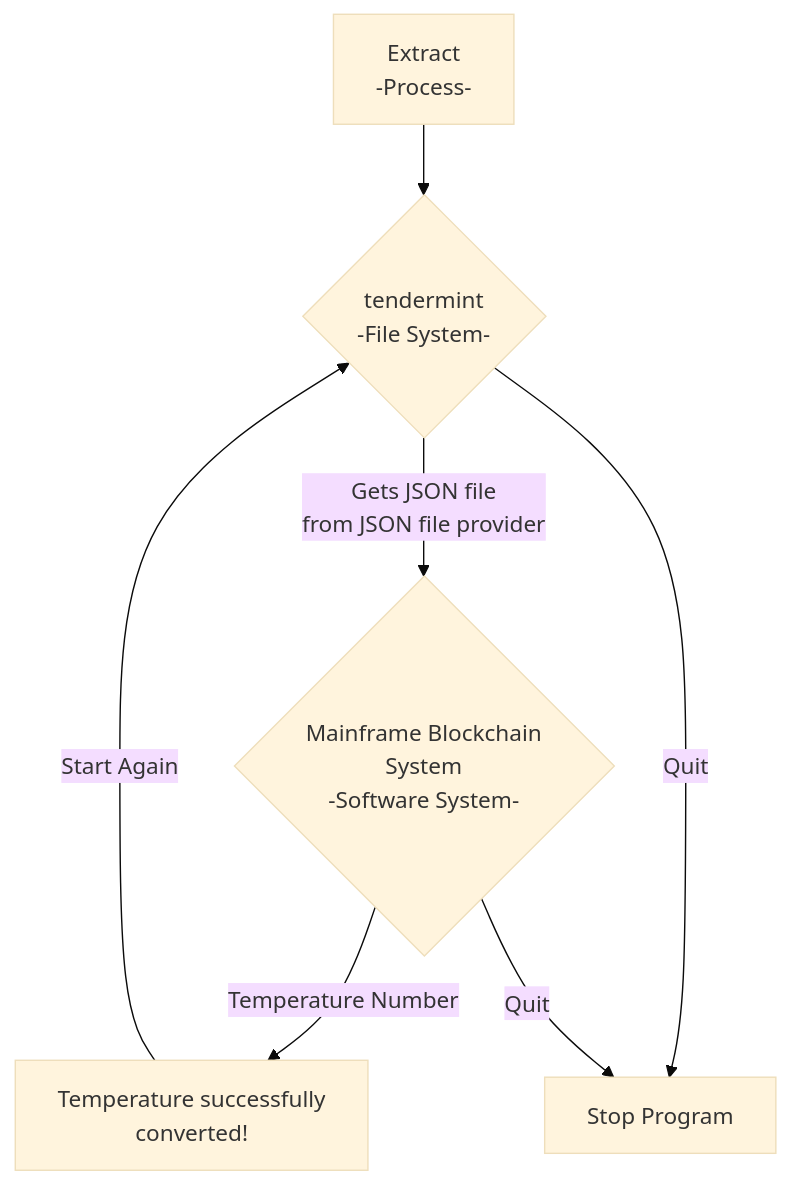
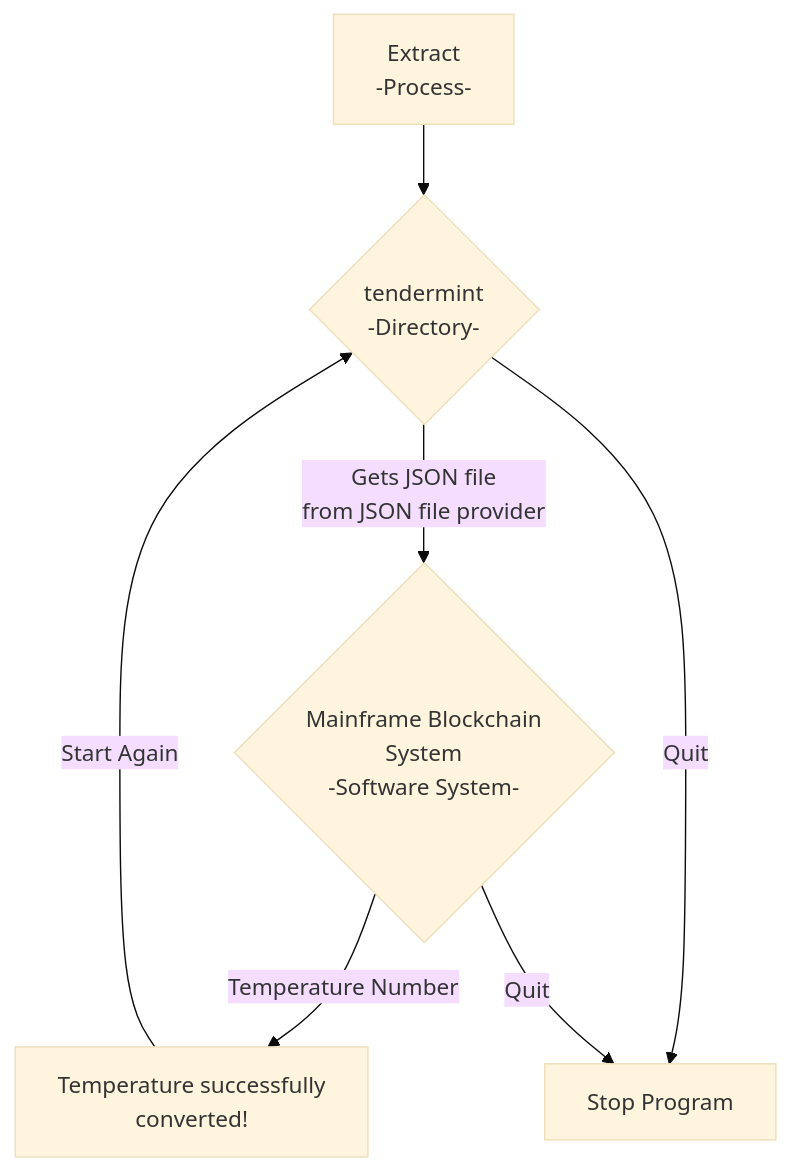
One commit to patmcfarland/one changed the diagram in README.md. Above: the diagram before and after it, drawn with Mermaid (base theme).

````diff
--- a/README.md
+++ b/README.md
@@ -1,9 +1,9 @@
 ```mermaid
 flowchart TD
-A[Extract<br>-Process-] -->B{tendermint<br>-File System-}
+A[Extract<br>-Process-] -->B{tendermint<br>-Directory-}
 B -- Gets JSON file<br>from JSON file provider --> C{Mainframe Blockchain<br>System<br>-Software System-} 
 C -- Temperature Number --> D[Temperature successfully<br>converted!] 
 D -- Start Again -->B
 B -- Quit --> E[Stop Program]
 C -- Quit --> E
 ```
````
